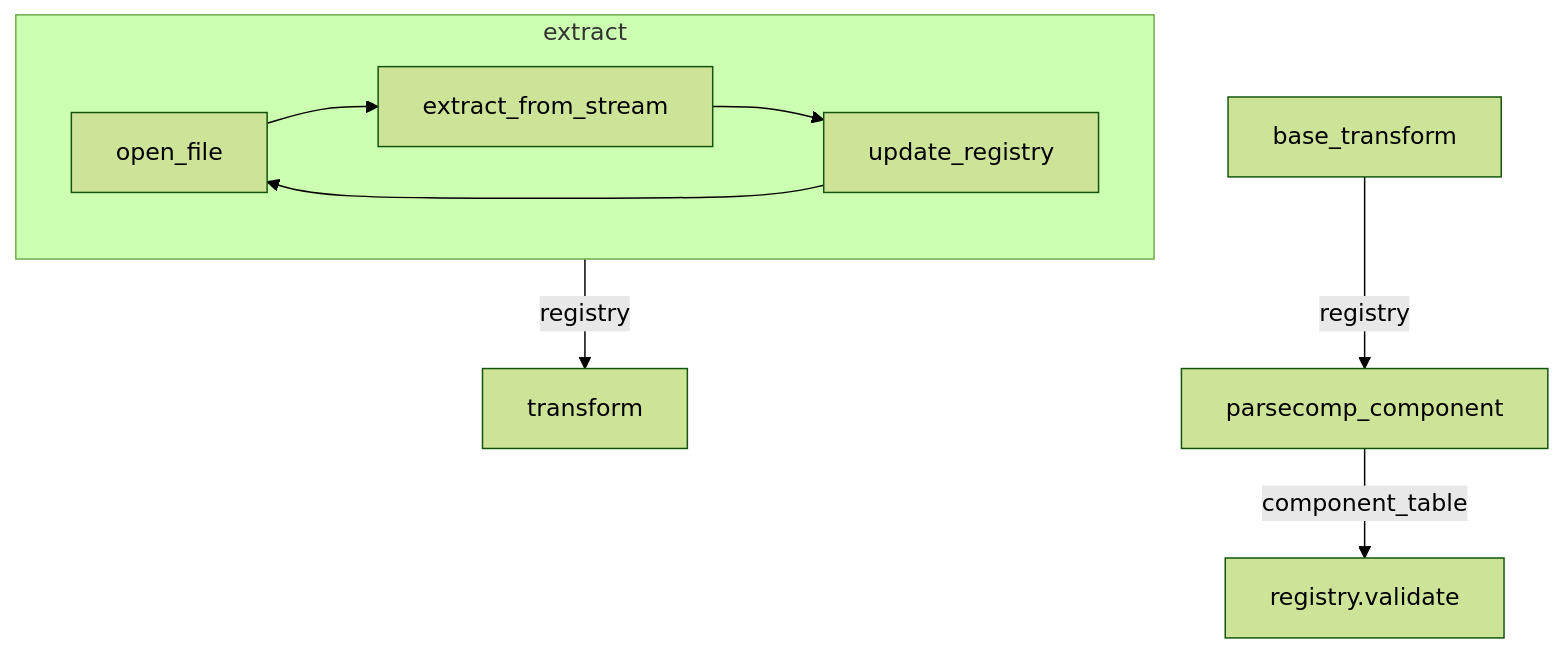
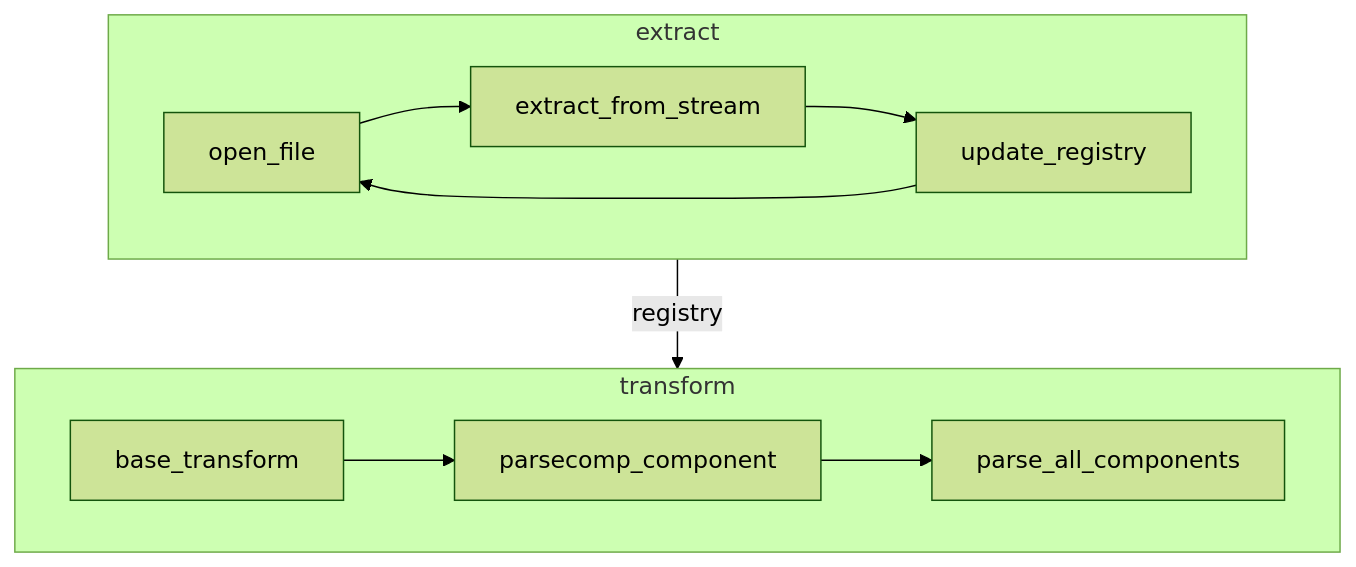
The diagram in public/components/scratch.mmd (zhafen/iac-sketch), drawn with Mermaid (forest theme) before and after one commit. The commit also changed other lines of this file and 4 other files, not shown here.

```diff
--- a/public/components/scratch.mmd
+++ b/public/components/scratch.mmd
@@ -1,12 +1,14 @@
 flowchart TD
 
     subgraph extract
         open_file --> extract_from_stream
         extract_from_stream --> update_registry
         update_registry --> open_file
     end
 
     extract -->|registry| transform
     
-    base_transform -->|registry| parsecomp_component
-    parsecomp_component -->|component_table| registry.validate
+    subgraph transform
+        base_transform --> parsecomp_component
+        parsecomp_component --> parse_all_components
+    end
```
